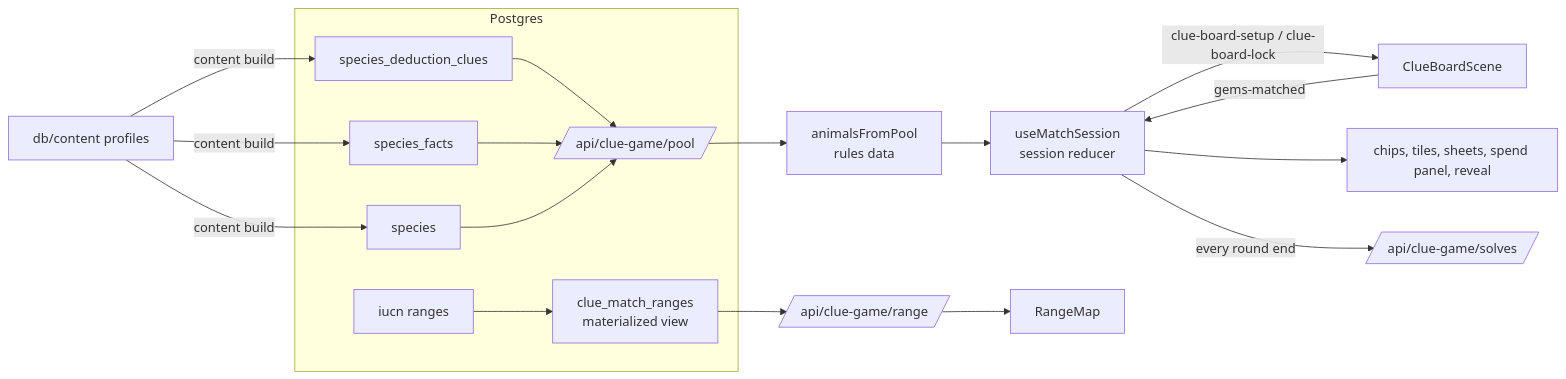
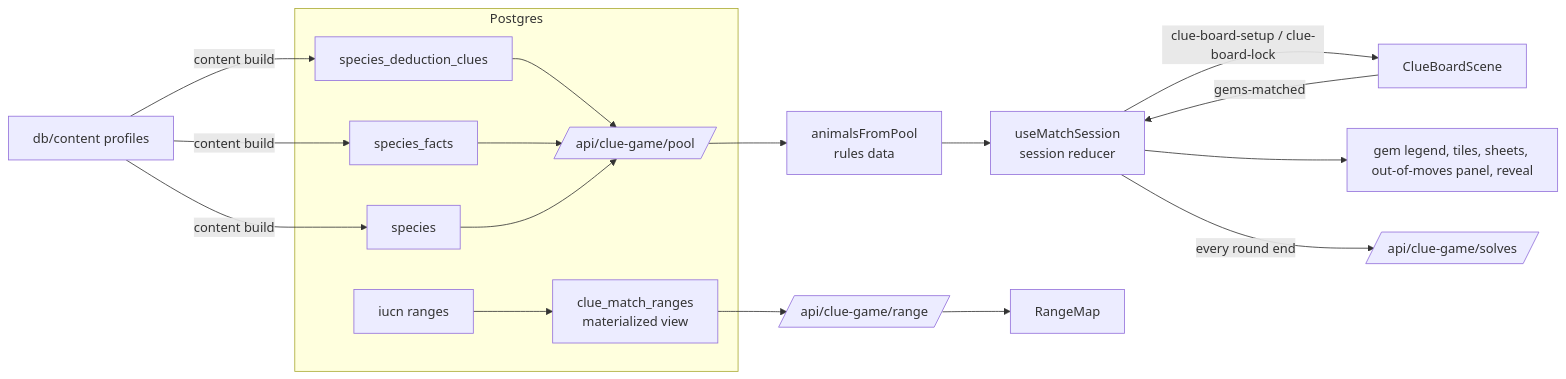
One commit to kc0588615/phaser-june changed the diagram in docs/CLUE_MATCH.md. Above: the diagram before and after it, drawn with Mermaid. The commit also changed other lines of this file and 21 other files, not shown here.

````diff
--- a/docs/CLUE_MATCH.md
+++ b/docs/CLUE_MATCH.md
@@ -28,16 +28,16 @@
 ```mermaid
 flowchart LR
   J[db/content profiles] -->|content build| C & F & S
   subgraph Postgres
     C[species_deduction_clues] --> P
     F[species_facts] --> P
     S[species] --> P
     I[iucn ranges] --> R[clue_match_ranges<br/>materialized view]
   end
   P[/api/clue-game/pool/] --> A[animalsFromPool<br/>rules data] --> H[useMatchSession<br/>session reducer]
   R --> M[/api/clue-game/range/] --> RM[RangeMap]
   B[ClueBoardScene] -- gems-matched --> H
   H -- clue-board-setup / clue-board-lock --> B
-  H --> UI[chips, tiles, sheets, spend panel, reveal]
+  H --> UI[gem legend, tiles, sheets, out-of-moves panel, reveal]
   H -- every round end --> SV[/api/clue-game/solves/]
 ```
````
